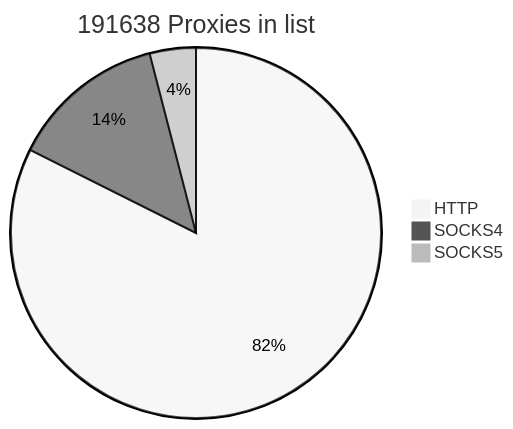
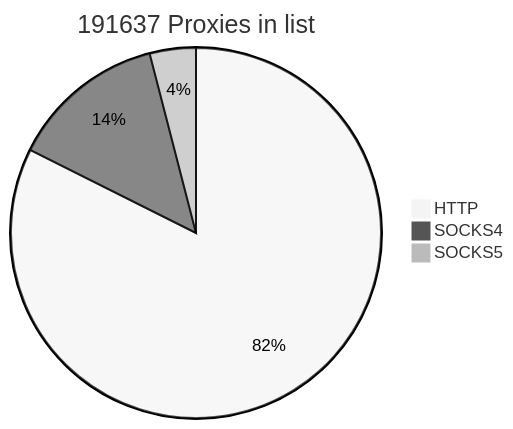
One commit to cutipu/proxylist changed the first of 2 diagrams in README.md. Above: the diagram before and after it, drawn with Mermaid (neutral theme). The commit also changed other lines of this file, not shown here.

````diff
--- a/README.md
+++ b/README.md
@@ -2,7 +2,7 @@
 ```mermaid
-pie title 191638 Proxies in list
+pie title 191637 Proxies in list
     "HTTP" : 157887
-    "SOCKS4" : 26041
+    "SOCKS4" : 26040
     "SOCKS5" : 7710
             
 ```
````
